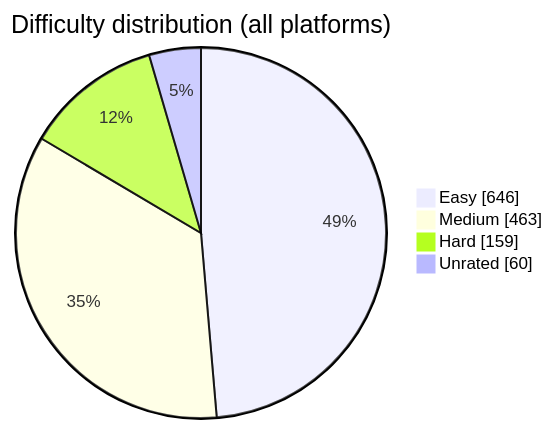
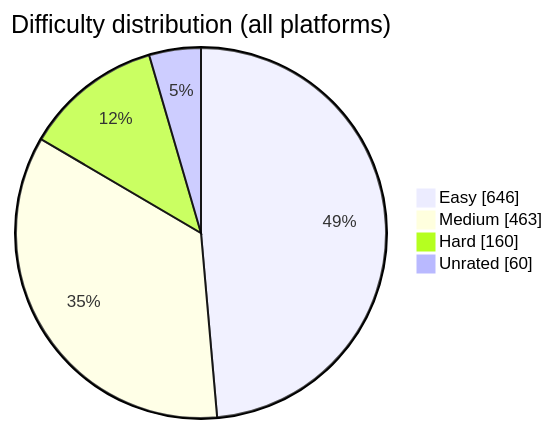
Before and after one commit to BuildbyArindam/Daily-Coding-Log: the diagram in README.md, drawn with Mermaid. The commit also changed other lines of this file, not shown here.

````diff
--- a/README.md
+++ b/README.md
@@ -93,7 +93,7 @@
 ```mermaid
 pie showData title Difficulty distribution (all platforms)
     "Easy" : 646
     "Medium" : 463
-    "Hard" : 159
+    "Hard" : 160
     "Unrated" : 60
 ```
````
